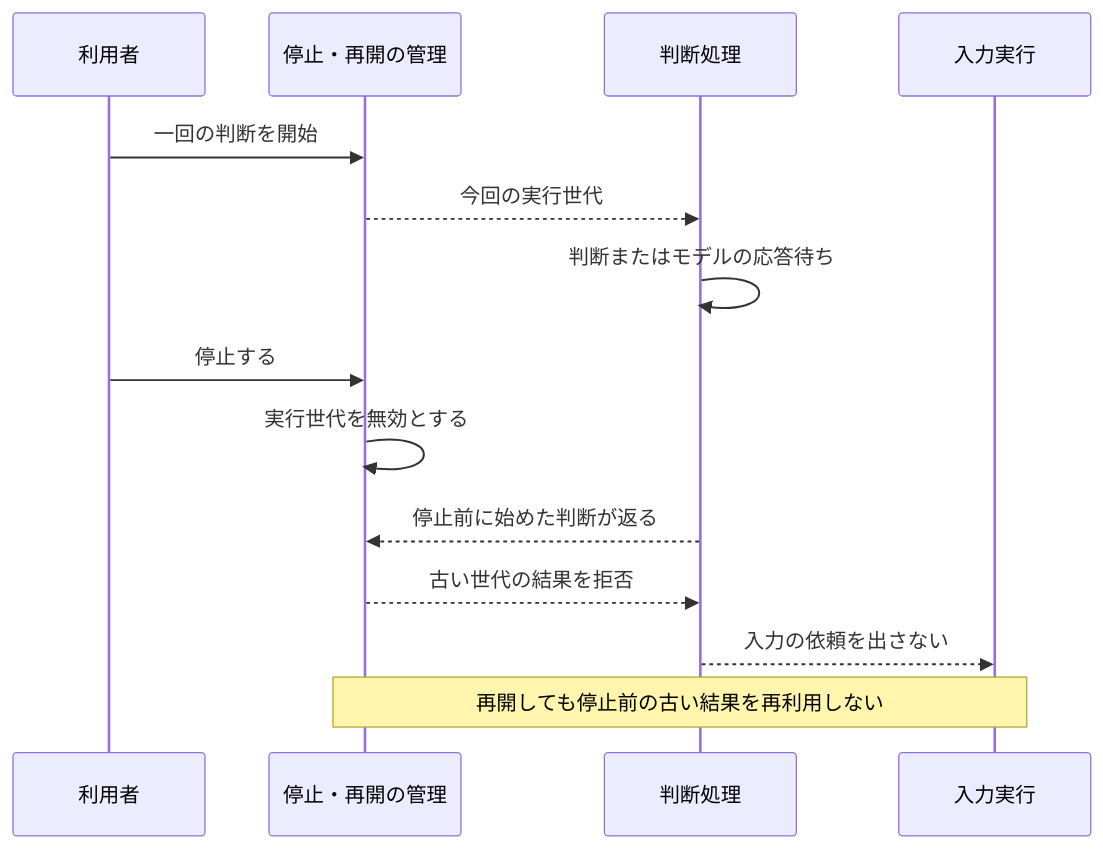
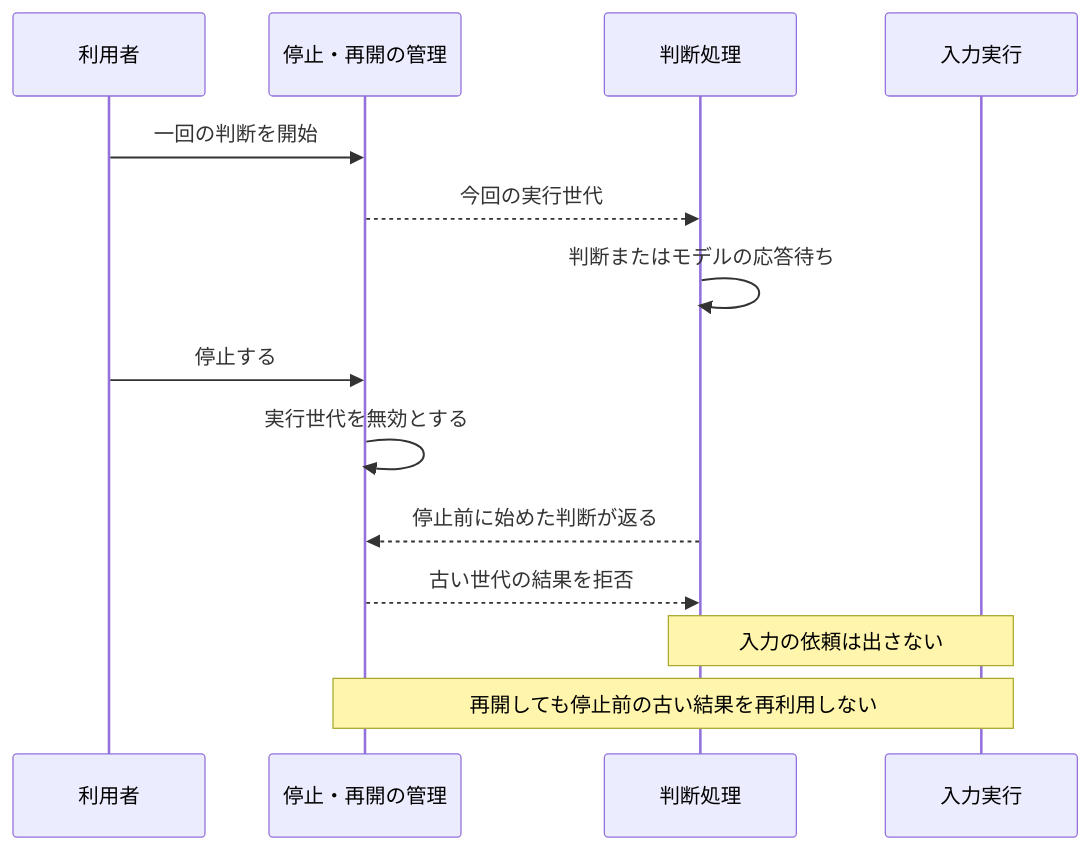
One commit to tomiya7688/AI_game_player changed the second of 2 diagrams in doc/guide/safety.md. Above: the diagram before and after it, drawn with Mermaid.

Commit message:
docs: show absence of input dispatch as note, not a sent message

````diff
--- a/doc/guide/safety.md
+++ b/doc/guide/safety.md
@@ -66,16 +66,16 @@
 ```mermaid
 sequenceDiagram
     participant U as 利用者
     participant C as 停止・再開の管理
     participant P as 判断処理
     participant X as 入力実行
     U->>C: 一回の判断を開始
     C-->>P: 今回の実行世代
     P->>P: 判断またはモデルの応答待ち
     U->>C: 停止する
     C->>C: 実行世代を無効とする
     P-->>C: 停止前に始めた判断が返る
     C-->>P: 古い世代の結果を拒否
-    P-->>X: 入力の依頼を出さない
+    Note over P,X: 入力の依頼は出さない
     Note over C,X: 再開しても停止前の古い結果を再利用しない
 ```
````
